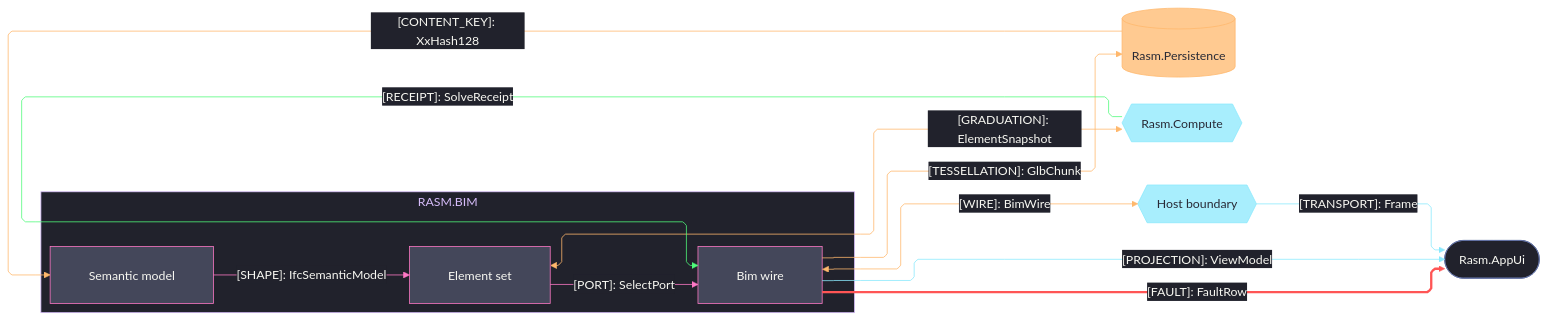
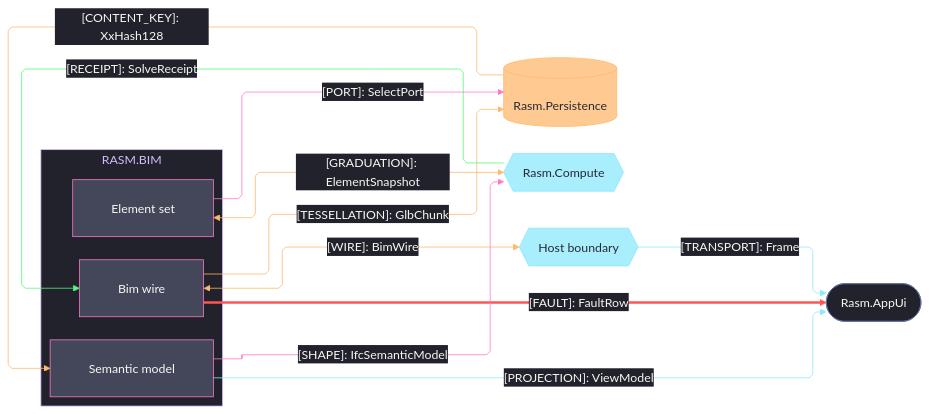
Before and after one commit to bsamiee/Rasm: the diagram in .claude/skills/mermaid-diagramming/templates/seam-graph.mmd.md, drawn with Mermaid. The commit also changed other lines of this file and 759 other files, not shown here.

````diff
--- a/.claude/skills/mermaid-diagramming/templates/seam-graph.mmd.md
+++ b/.claude/skills/mermaid-diagramming/templates/seam-graph.mmd.md
@@ -5,63 +11,68 @@
 ```mermaid
 ---
 config:
   theme: base
   look: classic
   layout: elk
   flowchart:
     curve: linear
     padding: 25
   themeVariables:
     darkMode: true
     fontFamily: "SF Mono, Menlo, Cascadia Mono, Segoe UI Mono, Consolas, monospace"
     useGradient: false
     dropShadow: "none"
     background: "#282A36"
     primaryColor: "#44475A"
     primaryTextColor: "#F8F8F2"
     primaryBorderColor: "#BD93F9"
     lineColor: "#FF79C6"
     textColor: "#F8F8F2"
     clusterBkg: "#21222C"
     clusterBorder: "#D6BCFA"
     edgeLabelBackground: "#21222C"
     labelBackgroundColor: "#21222C"
     titleColor: "#D6BCFA"
   themeCSS: ".nodeLabel{font-size:13px;font-weight:500}.edgeLabel{font-size:12px;font-weight:500}.cluster-label .nodeLabel{font-size:13.5px;font-weight:700;letter-spacing:.08em}.edge-thickness-normal{stroke-width:2px}.edge-thickness-thick{stroke-width:3px}.edge-pattern-dashed,.edge-pattern-dotted{stroke-width:1.5px;stroke-dasharray:4 6}.node rect,.node circle,.node polygon,.node path,.node .outer-path{stroke-width:1.5px;filter:none!important}.cluster rect{stroke-width:1px!important;stroke-dasharray:5 4!important;filter:none!important}.marker path{transform:scale(.8);transform-origin:5px 5px}.marker circle{transform:scale(.48);transform-origin:5px 5px}.edgeLabel rect{transform-box:fill-box;transform-origin:center;transform:scale(1.1,1.2)}"
 ---
 flowchart LR
     accTitle: Bim package seam registry
     accDescr: Bim sub-domain owners exchanging kinded shapes with persistence, compute, the host boundary, and the app shell, edge rails colored by kind and nodes classed by seam direction.
     subgraph bim[RASM.BIM]
         Semantic[Semantic model]
         ElementSet[Element set]
         Wire[Bim wire]
     end
     Persistence[(Rasm.Persistence)]
     Compute{{Rasm.Compute}}
     Host{{Host boundary}}
     AppUi([Rasm.AppUi])
-    Semantic -->|"[SHAPE]: IfcSemanticModel"| ElementSet
-    ElementSet -->|"[PORT]: SelectPort"| Wire
-    Wire <-->|"[WIRE]: BimWire"| Host
-    Persistence -->|"[CONTENT_KEY]: XxHash128"| Semantic
-    Wire -->|"[TESSELLATION]: GlbChunk"| Persistence
-    ElementSet <-->|"[GRADUATION]: ElementSnapshot"| Compute
-    Compute -->|"[RECEIPT]: SolveReceipt"| Wire
-    Wire -->|"[FAULT]: FaultRow"| AppUi
-    Wire -->|"[PROJECTION]: ViewModel"| AppUi
-    Host -->|"[TRANSPORT]: Frame"| AppUi
-    linkStyle 1 stroke:#FF79C6,color:#F8F8F2
-    linkStyle 2,3,4,5 stroke:#FFB86C,color:#F8F8F2
-    linkStyle 6 stroke:#50FA7B,color:#F8F8F2
-    linkStyle 7 stroke:#FF5555,stroke-width:3px,color:#F8F8F2
-    linkStyle 8,9 stroke:#8BE9FD,color:#F8F8F2
+    Persistence e1@-->|"[CONTENT_KEY]: XxHash128"| Semantic
+    Wire e2@<-->|"[WIRE]: BimWire"| Host
+    Wire e3@-->|"[TESSELLATION]: GlbChunk"| Persistence
+    ElementSet e4@<-->|"[GRADUATION]: ElementSnapshot"| Compute
+    Compute e5@-->|"[RECEIPT]: SolveReceipt"| Wire
+    Wire e6@-->|"[FAULT]: FaultRow"| AppUi
+    Semantic e7@-->|"[PROJECTION]: ViewModel"| AppUi
+    Host e8@-->|"[TRANSPORT]: Frame"| AppUi
+    ElementSet e9@-->|"[PORT]: SelectPort"| Persistence
+    Semantic e10@-->|"[SHAPE]: IfcSemanticModel"| Compute
     classDef primary fill:#44475A,stroke:#FF79C6,color:#F8F8F2
     classDef external fill:#8BE9FDBF,stroke:#8BE9FD,color:#282A36
     classDef data fill:#FFB86CBF,stroke:#FFB86C,color:#282A36
     classDef annotation fill:#21222C,stroke:#6272A4,color:#F8F8F2
+    classDef edgeData stroke:#FFB86C,color:#F8F8F2
+    classDef edgeSuccess stroke:#50FA7B,color:#F8F8F2
+    classDef edgeError stroke:#FF5555,stroke-width:3px,color:#F8F8F2
+    classDef edgeExternal stroke:#8BE9FD,color:#F8F8F2
+    classDef edgeControl stroke:#FF79C6,color:#F8F8F2
     class Semantic,ElementSet,Wire primary
     class Compute,Host external
     class Persistence data
     class AppUi annotation
+    class e1,e2,e3,e4 edgeData
+    class e5 edgeSuccess
+    class e6 edgeError
+    class e7,e8 edgeExternal
+    class e9,e10 edgeControl
 ```
````
